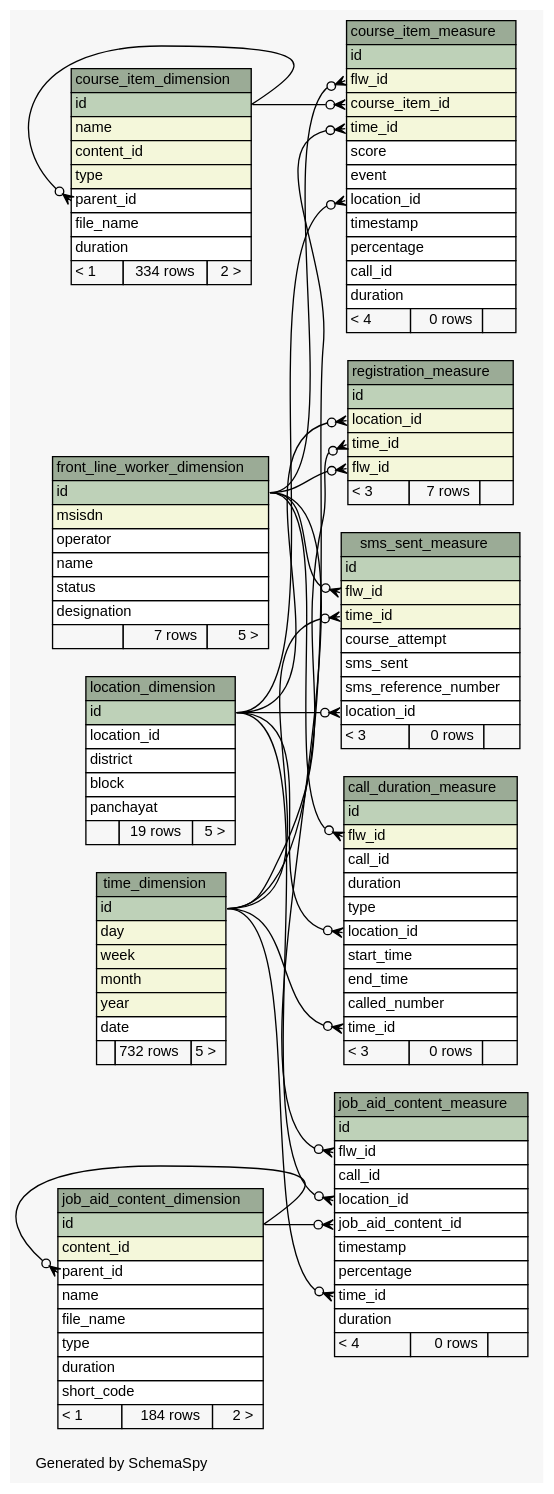
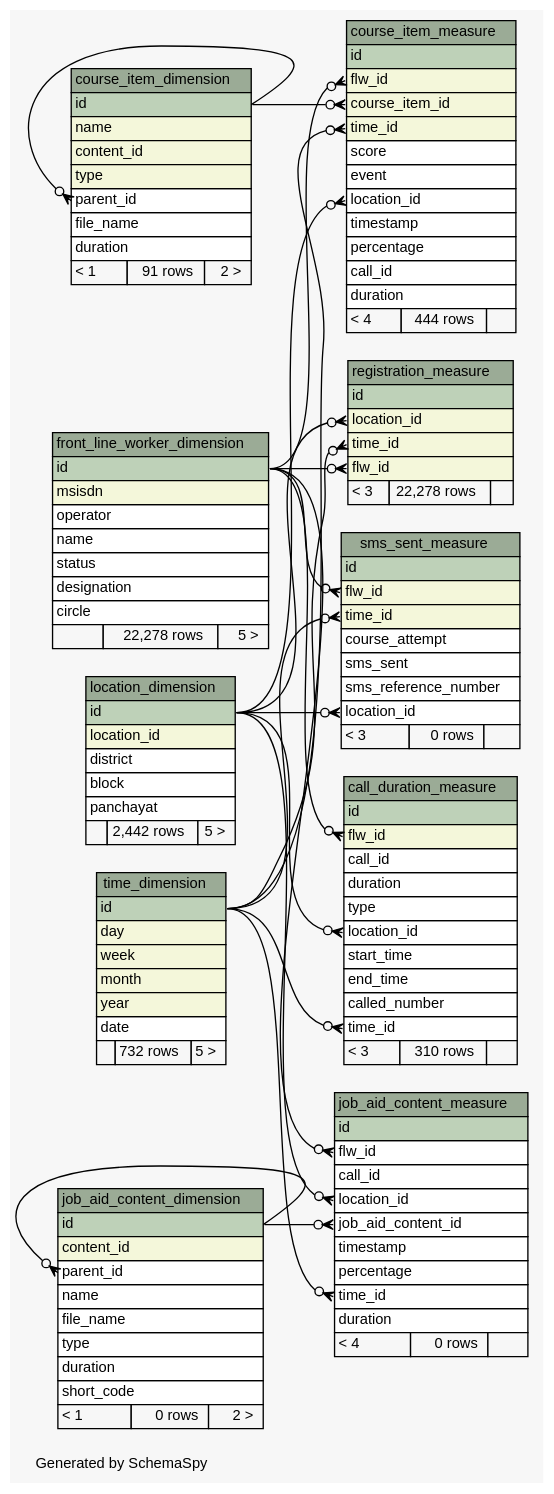
The diagram in ananya-report/build/schemaspy-output/diagrams/summary/relationships.real.large.dot (motech/ananya), drawn with Graphviz before and after one commit. The commit also changed 69 other files, not shown here.

```diff
--- a/ananya-report/build/schemaspy-output/diagrams/summary/relationships.real.large.dot
+++ b/ananya-report/build/schemaspy-output/diagrams/summary/relationships.real.large.dot
@@ -33,7 +33,7 @@
       <TR><TD PORT="end_time" COLSPAN="3" ALIGN="LEFT">end_time</TD></TR>
       <TR><TD PORT="called_number" COLSPAN="3" ALIGN="LEFT">called_number</TD></TR>
       <TR><TD PORT="time_id" COLSPAN="3" ALIGN="LEFT">time_id</TD></TR>
-      <TR><TD ALIGN="LEFT" BGCOLOR="#f7f7f7">&lt; 3</TD><TD ALIGN="RIGHT" BGCOLOR="#f7f7f7">0 rows</TD><TD ALIGN="RIGHT" BGCOLOR="#f7f7f7">  </TD></TR>
+      <TR><TD ALIGN="LEFT" BGCOLOR="#f7f7f7">&lt; 3</TD><TD ALIGN="RIGHT" BGCOLOR="#f7f7f7">310 rows</TD><TD ALIGN="RIGHT" BGCOLOR="#f7f7f7">  </TD></TR>
     </TABLE>>
     URL="tables/call_duration_measure.html"
     tooltip="call_duration_measure"
@@ -49,7 +49,7 @@
       <TR><TD PORT="parent_id" COLSPAN="3" ALIGN="LEFT">parent_id</TD></TR>
       <TR><TD PORT="file_name" COLSPAN="3" ALIGN="LEFT">file_name</TD></TR>
       <TR><TD PORT="duration" COLSPAN="3" ALIGN="LEFT">duration</TD></TR>
-      <TR><TD ALIGN="LEFT" BGCOLOR="#f7f7f7">&lt; 1</TD><TD ALIGN="RIGHT" BGCOLOR="#f7f7f7">334 rows</TD><TD ALIGN="RIGHT" BGCOLOR="#f7f7f7">2 &gt;</TD></TR>
+      <TR><TD ALIGN="LEFT" BGCOLOR="#f7f7f7">&lt; 1</TD><TD ALIGN="RIGHT" BGCOLOR="#f7f7f7">91 rows</TD><TD ALIGN="RIGHT" BGCOLOR="#f7f7f7">2 &gt;</TD></TR>
     </TABLE>>
     URL="tables/course_item_dimension.html"
     tooltip="course_item_dimension"
@@ -69,7 +69,7 @@
       <TR><TD PORT="percentage" COLSPAN="3" ALIGN="LEFT">percentage</TD></TR>
       <TR><TD PORT="call_id" COLSPAN="3" ALIGN="LEFT">call_id</TD></TR>
       <TR><TD PORT="duration" COLSPAN="3" ALIGN="LEFT">duration</TD></TR>
-      <TR><TD ALIGN="LEFT" BGCOLOR="#f7f7f7">&lt; 4</TD><TD ALIGN="RIGHT" BGCOLOR="#f7f7f7">0 rows</TD><TD ALIGN="RIGHT" BGCOLOR="#f7f7f7">  </TD></TR>
+      <TR><TD ALIGN="LEFT" BGCOLOR="#f7f7f7">&lt; 4</TD><TD ALIGN="RIGHT" BGCOLOR="#f7f7f7">444 rows</TD><TD ALIGN="RIGHT" BGCOLOR="#f7f7f7">  </TD></TR>
     </TABLE>>
     URL="tables/course_item_measure.html"
     tooltip="course_item_measure"
@@ -84,7 +84,8 @@
       <TR><TD PORT="name" COLSPAN="3" ALIGN="LEFT">name</TD></TR>
       <TR><TD PORT="status" COLSPAN="3" ALIGN="LEFT">status</TD></TR>
       <TR><TD PORT="designation" COLSPAN="3" ALIGN="LEFT">designation</TD></TR>
-      <TR><TD ALIGN="LEFT" BGCOLOR="#f7f7f7">  </TD><TD ALIGN="RIGHT" BGCOLOR="#f7f7f7">7 rows</TD><TD ALIGN="RIGHT" BGCOLOR="#f7f7f7">5 &gt;</TD></TR>
+      <TR><TD PORT="circle" COLSPAN="3" ALIGN="LEFT">circle</TD></TR>
+      <TR><TD ALIGN="LEFT" BGCOLOR="#f7f7f7">  </TD><TD ALIGN="RIGHT" BGCOLOR="#f7f7f7">22,278 rows</TD><TD ALIGN="RIGHT" BGCOLOR="#f7f7f7">5 &gt;</TD></TR>
     </TABLE>>
     URL="tables/front_line_worker_dimension.html"
     tooltip="front_line_worker_dimension"
@@ -101,7 +102,7 @@
       <TR><TD PORT="type" COLSPAN="3" ALIGN="LEFT">type</TD></TR>
       <TR><TD PORT="duration" COLSPAN="3" ALIGN="LEFT">duration</TD></TR>
       <TR><TD PORT="short_code" COLSPAN="3" ALIGN="LEFT">short_code</TD></TR>
-      <TR><TD ALIGN="LEFT" BGCOLOR="#f7f7f7">&lt; 1</TD><TD ALIGN="RIGHT" BGCOLOR="#f7f7f7">184 rows</TD><TD ALIGN="RIGHT" BGCOLOR="#f7f7f7">2 &gt;</TD></TR>
+      <TR><TD ALIGN="LEFT" BGCOLOR="#f7f7f7">&lt; 1</TD><TD ALIGN="RIGHT" BGCOLOR="#f7f7f7">0 rows</TD><TD ALIGN="RIGHT" BGCOLOR="#f7f7f7">2 &gt;</TD></TR>
     </TABLE>>
     URL="tables/job_aid_content_dimension.html"
     tooltip="job_aid_content_dimension"
@@ -129,11 +130,11 @@
     <TABLE BORDER="0" CELLBORDER="1" CELLSPACING="0" BGCOLOR="#ffffff">
       <TR><TD COLSPAN="3" BGCOLOR="#9bab96" ALIGN="CENTER">location_dimension</TD></TR>
       <TR><TD PORT="id" COLSPAN="3" BGCOLOR="#bed1b8" ALIGN="LEFT">id</TD></TR>
-      <TR><TD PORT="location_id" COLSPAN="3" ALIGN="LEFT">location_id</TD></TR>
+      <TR><TD PORT="location_id" COLSPAN="3" BGCOLOR="#f4f7da" ALIGN="LEFT">location_id</TD></TR>
       <TR><TD PORT="district" COLSPAN="3" ALIGN="LEFT">district</TD></TR>
       <TR><TD PORT="block" COLSPAN="3" ALIGN="LEFT">block</TD></TR>
       <TR><TD PORT="panchayat" COLSPAN="3" ALIGN="LEFT">panchayat</TD></TR>
-      <TR><TD ALIGN="LEFT" BGCOLOR="#f7f7f7">  </TD><TD ALIGN="RIGHT" BGCOLOR="#f7f7f7">19 rows</TD><TD ALIGN="RIGHT" BGCOLOR="#f7f7f7">5 &gt;</TD></TR>
+      <TR><TD ALIGN="LEFT" BGCOLOR="#f7f7f7">  </TD><TD ALIGN="RIGHT" BGCOLOR="#f7f7f7">2,442 rows</TD><TD ALIGN="RIGHT" BGCOLOR="#f7f7f7">5 &gt;</TD></TR>
     </TABLE>>
     URL="tables/location_dimension.html"
     tooltip="location_dimension"
@@ -146,7 +147,7 @@
       <TR><TD PORT="location_id" COLSPAN="3" BGCOLOR="#f4f7da" ALIGN="LEFT">location_id</TD></TR>
       <TR><TD PORT="time_id" COLSPAN="3" BGCOLOR="#f4f7da" ALIGN="LEFT">time_id</TD></TR>
       <TR><TD PORT="flw_id" COLSPAN="3" BGCOLOR="#f4f7da" ALIGN="LEFT">flw_id</TD></TR>
-      <TR><TD ALIGN="LEFT" BGCOLOR="#f7f7f7">&lt; 3</TD><TD ALIGN="RIGHT" BGCOLOR="#f7f7f7">7 rows</TD><TD ALIGN="RIGHT" BGCOLOR="#f7f7f7">  </TD></TR>
+      <TR><TD ALIGN="LEFT" BGCOLOR="#f7f7f7">&lt; 3</TD><TD ALIGN="RIGHT" BGCOLOR="#f7f7f7">22,278 rows</TD><TD ALIGN="RIGHT" BGCOLOR="#f7f7f7">  </TD></TR>
     </TABLE>>
     URL="tables/registration_measure.html"
     tooltip="registration_measure"
```
